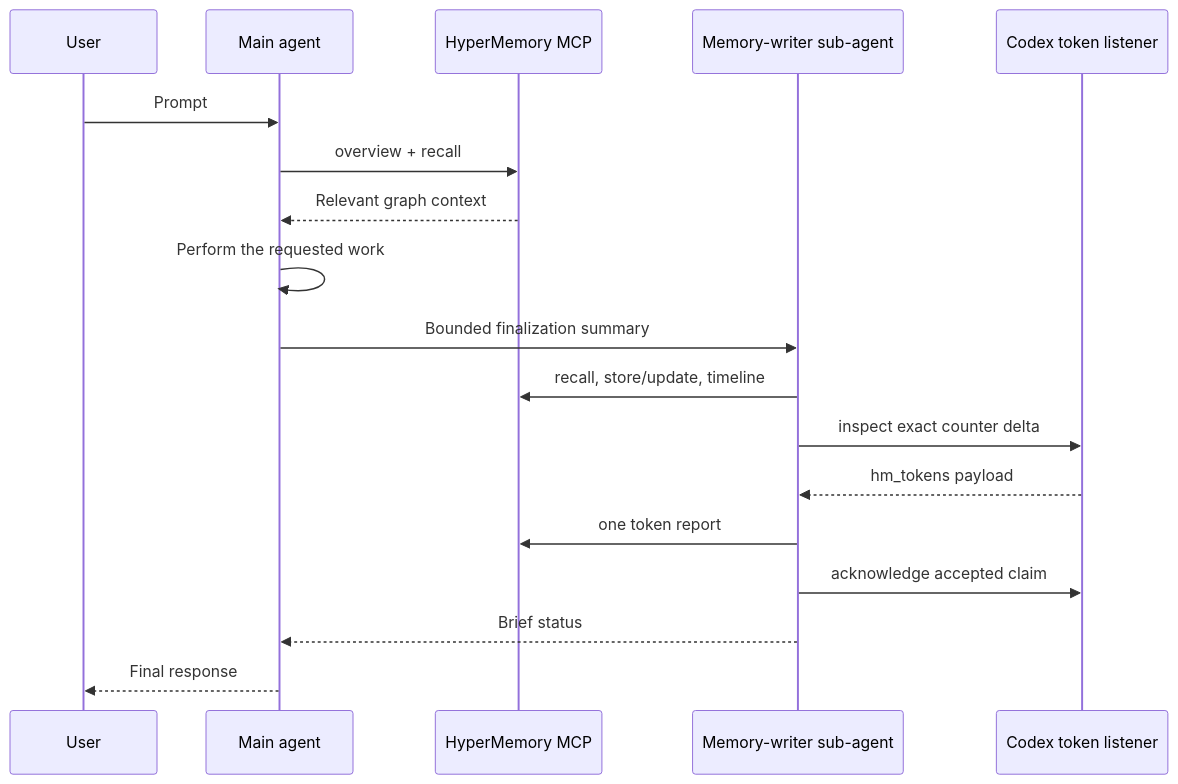
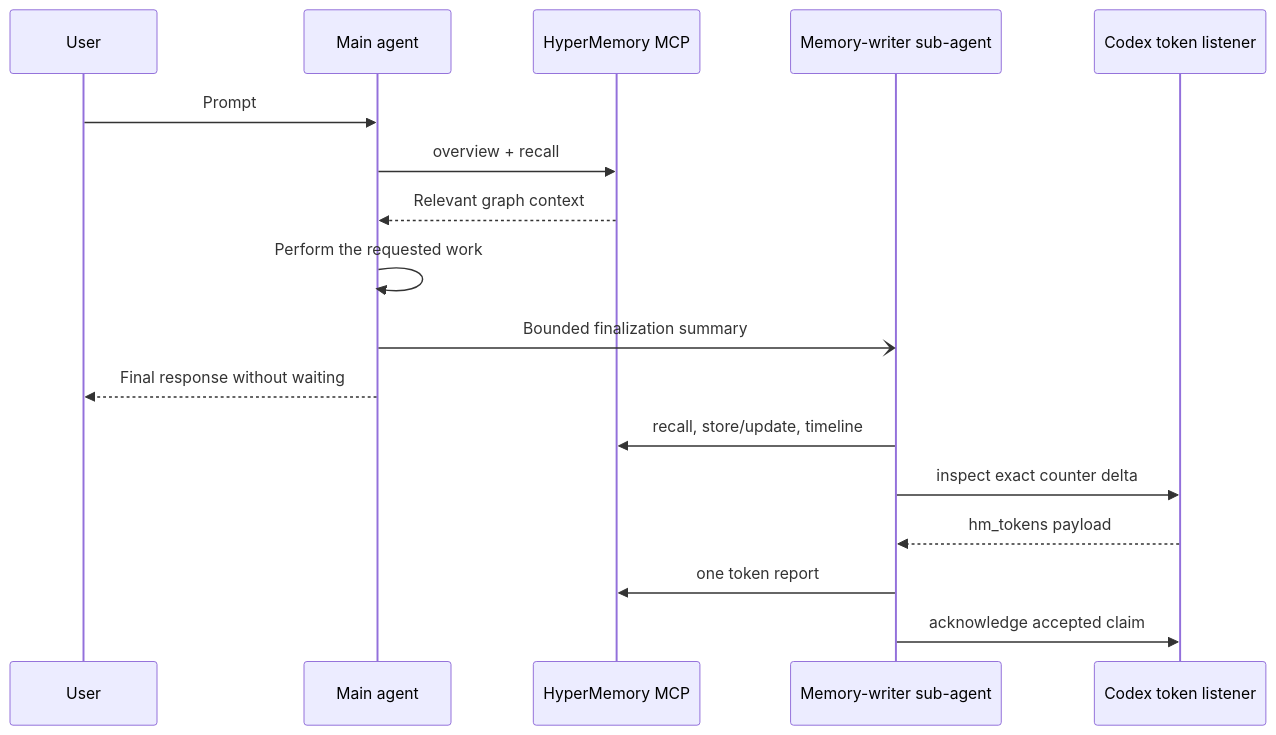
One commit to hypermemory-ai/hm-plugin-kimi changed the second of 3 diagrams in docs/ARCHITECTURE.md. Above: the diagram before and after it, drawn with Mermaid. The commit also changed other lines of this file and 17 other files, not shown here.

````diff
--- a/docs/ARCHITECTURE.md
+++ b/docs/ARCHITECTURE.md
@@ -29,21 +30,20 @@
 ```mermaid
 sequenceDiagram
     participant U as User
     participant M as Main agent
     participant MCP as HyperMemory MCP
     participant W as Memory-writer sub-agent
     participant L as Codex token listener
 
     U->>M: Prompt
     M->>MCP: overview + recall
     MCP-->>M: Relevant graph context
     M->>M: Perform the requested work
-    M->>W: Bounded finalization summary
+    M-)W: Bounded finalization summary
+    M-->>U: Final response without waiting
     W->>MCP: recall, store/update, timeline
     W->>L: inspect exact counter delta
     L-->>W: hm_tokens payload
     W->>MCP: one token report
     W->>L: acknowledge accepted claim
-    W-->>M: Brief status
-    M-->>U: Final response
 ```
````
